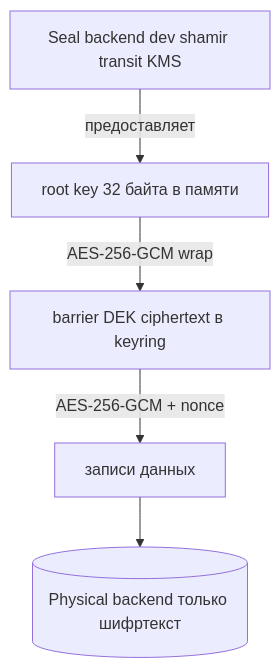
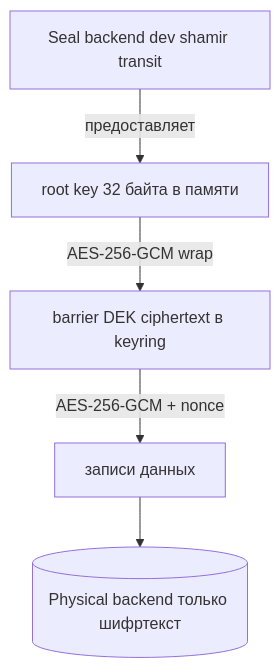
Before and after one commit to NAGenaev/tuck: the fourth of 9 diagrams in docs/02-architecture.md, drawn with Mermaid. The commit also changed other lines of this file and 23 other files, not shown here.

````diff
--- a/docs/02-architecture.md
+++ b/docs/02-architecture.md
@@ -203,7 +202,7 @@
 ```mermaid
 flowchart TD
-    SEALBK["Seal backend dev shamir transit KMS"] -->|предоставляет| RK["root key 32 байта в памяти"]
+    SEALBK["Seal backend dev shamir transit"] -->|предоставляет| RK["root key 32 байта в памяти"]
     RK -->|AES-256-GCM wrap| DEK["barrier DEK ciphertext в keyring"]
     DEK -->|AES-256-GCM + nonce| DATA["записи данных"]
     DATA --> PHYS[("Physical backend только шифртекст")]
 ```
````
